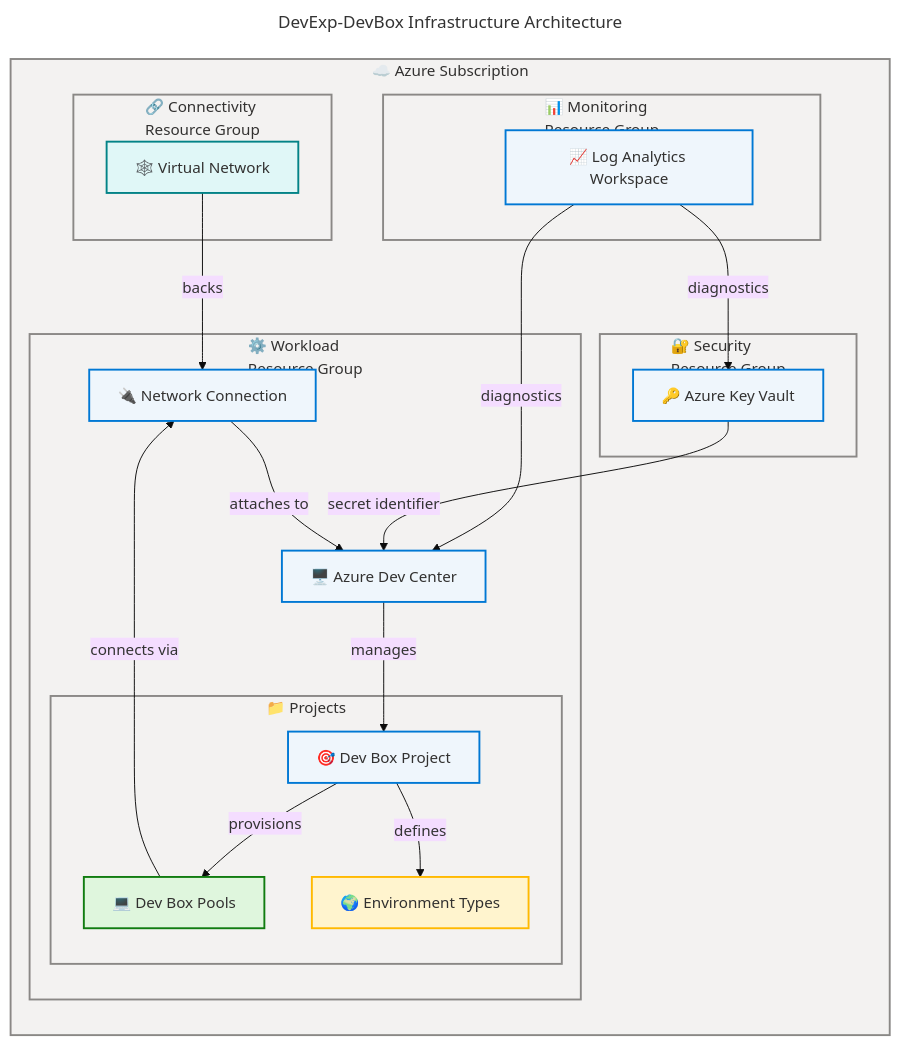
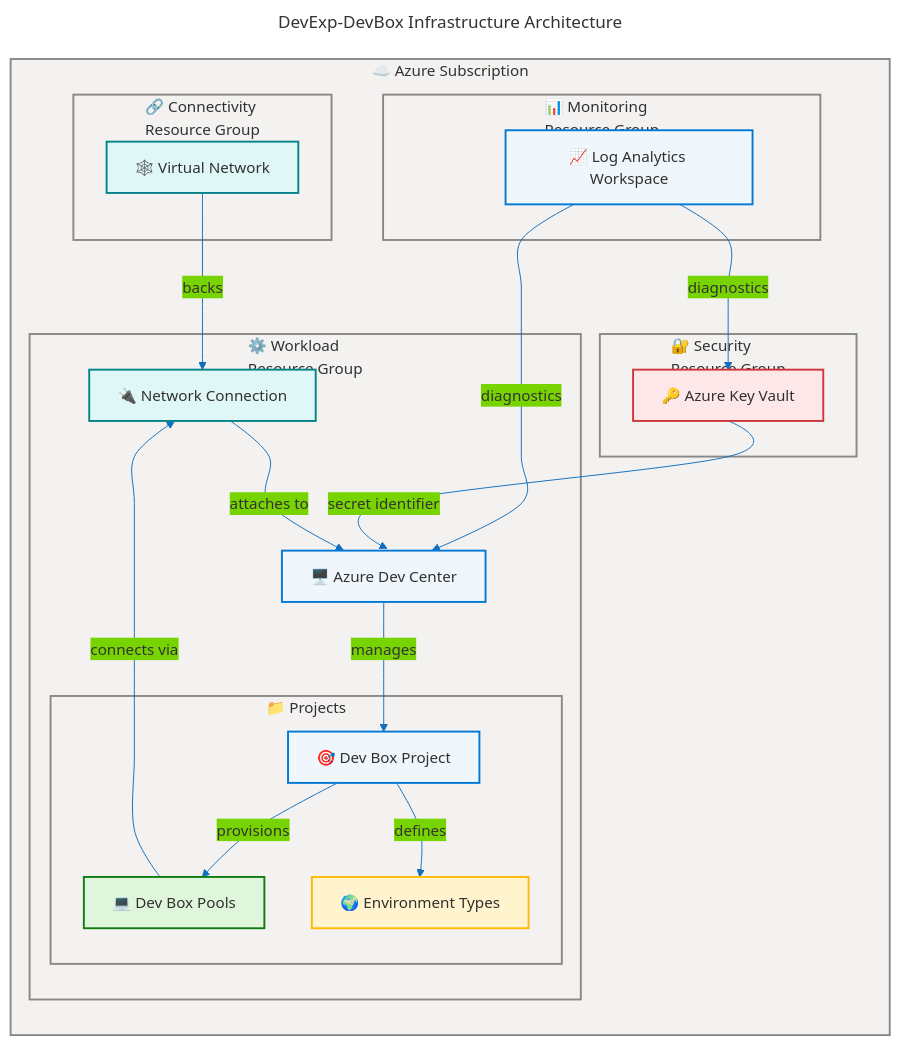
The diagram in README.md (Evilazaro/DevExp-DevBox), drawn with Mermaid before and after one commit.

Commit message:
docs: enhance flowchart styling in README.md by adjusting node and rank spacing, and updating color definitions

```diff
--- a/README.md
+++ b/README.md
@@ -62,8 +62,14 @@
   layout: dagre
   flowchart:
     htmlLabels: true
+    curve: cardinal
+    nodeSpacing: 50
+    rankSpacing: 50
   themeVariables:
     fontSize: '16px'
+    primaryColor: '#0078D4'
+    primaryBorderColor: '#106EBE'
+    lineColor: '#106EBE'
 ---
 flowchart TB
     accTitle: DevExp-DevBox Infrastructure Architecture
@@ -83,17 +89,17 @@
     subgraph sub["☁️ Azure Subscription"]
         direction TB
 
-        subgraph secRG["🔐 Security<br/>Resource Group"]
-            kv["🔑 Azure Key Vault"]:::core
+        subgraph secRG["🔐 Security<br>Resource Group"]
+            kv["🔑 Azure Key Vault"]:::danger
         end
 
-        subgraph monRG["📊 Monitoring<br/>Resource Group"]
+        subgraph monRG["📊 Monitoring<br>Resource Group"]
             law["📈 Log Analytics Workspace"]:::core
         end
 
-        subgraph wrkRG["⚙️ Workload<br/>Resource Group"]
+        subgraph wrkRG["⚙️ Workload<br>Resource Group"]
             dc["🖥️ Azure Dev Center"]:::core
-            nc["🔌 Network Connection"]:::core
+            nc["🔌 Network Connection"]:::external
 
             subgraph proj["📁 Projects"]
                 p1["🎯 Dev Box Project"]:::core
@@ -102,7 +108,7 @@
             end
         end
 
-        subgraph connRG["🔗 Connectivity<br/>Resource Group"]
+        subgraph connRG["🔗 Connectivity<br>Resource Group"]
             vnet["🕸️ Virtual Network"]:::external
         end
     end
@@ -124,8 +130,9 @@
     style proj    fill:#F3F2F1,stroke:#8A8886,stroke-width:2px,color:#323130
     style connRG  fill:#F3F2F1,stroke:#8A8886,stroke-width:2px,color:#323130
 
-    %% Centralized semantic classDefs — 4 used classes (Phase 5 compliant, no unused)
+    %% Centralized semantic classDefs — 5 used classes (Phase 5 compliant, no unused)
     classDef core     fill:#EFF6FC,stroke:#0078D4,stroke-width:2px,color:#323130
+    classDef danger   fill:#FDE7E9,stroke:#D13438,stroke-width:2px,color:#323130
     classDef success  fill:#DFF6DD,stroke:#107C10,stroke-width:2px,color:#323130
     classDef warning  fill:#FFF4CE,stroke:#FFB900,stroke-width:2px,color:#323130
     classDef external fill:#E0F7F7,stroke:#038387,stroke-width:2px,color:#323130
```
